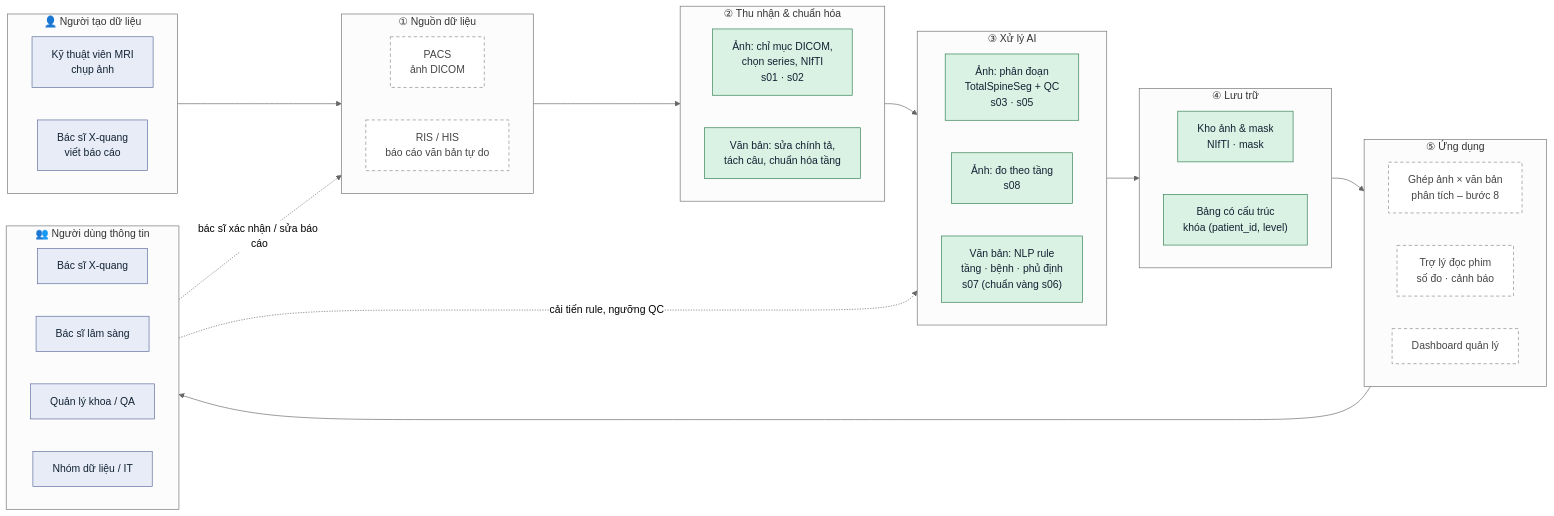
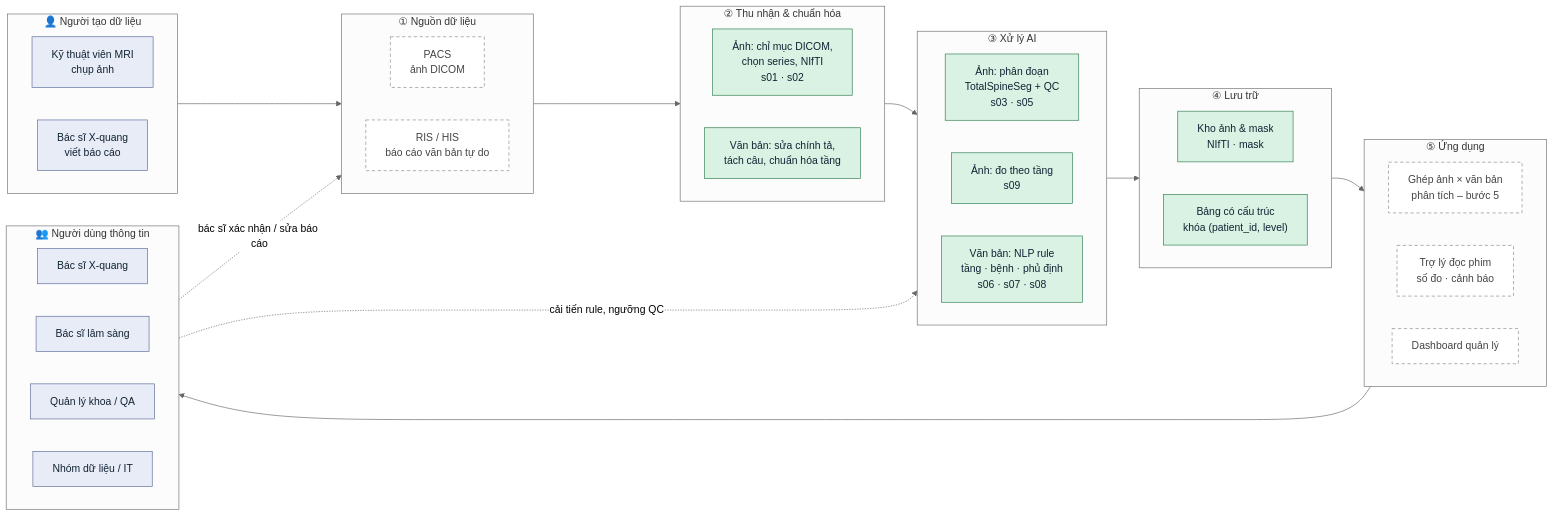
The first of 3 diagrams in totalspineseg/README.md (hieunghuu/mmis-gr8-lowbackpain), drawn with Mermaid (neutral theme) before and after one commit. The commit also changed other lines of this file and 58 other files, not shown here.

````diff
--- a/totalspineseg/README.md
+++ b/totalspineseg/README.md
@@ -45,59 +47,59 @@
 ```mermaid
 flowchart LR
     subgraph IN["👤 Người tạo dữ liệu"]
         direction LR
         KTV["Kỹ thuật viên MRI<br/>chụp ảnh"]
         RADW["Bác sĩ X-quang<br/>viết báo cáo"]
     end
 
     subgraph SRC["① Nguồn dữ liệu"]
         direction LR
         PACS["PACS<br/>ảnh DICOM"]
         RIS["RIS / HIS<br/>báo cáo văn bản tự do"]
     end
 
     subgraph ING["② Thu nhận & chuẩn hóa"]
         direction LR
         S12["Ảnh: chỉ mục DICOM,<br/>chọn series, NIfTI<br/>s01 · s02"]
         NOTE["Văn bản: sửa chính tả,<br/>tách câu, chuẩn hóa tầng"]
     end
 
     subgraph AI["③ Xử lý AI"]
         direction LR
         TSS["Ảnh: phân đoạn<br/>TotalSpineSeg + QC<br/>s03 · s05"]
-        MEAS["Ảnh: đo theo tầng<br/>s08"]
-        NLP["Văn bản: NLP rule<br/>tầng · bệnh · phủ định<br/>s07 (chuẩn vàng s06)"]
+        MEAS["Ảnh: đo theo tầng<br/>s09"]
+        NLP["Văn bản: NLP rule<br/>tầng · bệnh · phủ định<br/>s06 · s07 · s08"]
     end
 
     subgraph DAT["④ Lưu trữ"]
         direction LR
         OBJ["Kho ảnh & mask<br/>NIfTI · mask"]
         FEAT["Bảng có cấu trúc<br/>khóa (patient_id, level)"]
     end
 
     subgraph APP["⑤ Ứng dụng"]
         direction LR
-        ANA["Ghép ảnh × văn bản<br/>phân tích – bước 8"]
+        ANA["Ghép ảnh × văn bản<br/>phân tích – bước 5"]
         ASSIST["Trợ lý đọc phim<br/>số đo · cảnh báo"]
         DASH["Dashboard quản lý"]
     end
 
     subgraph OUT["👥 Người dùng thông tin"]
         direction LR
         RADR["Bác sĩ X-quang"]
         CLIN["Bác sĩ lâm sàng"]
         MGR["Quản lý khoa / QA"]
         DS["Nhóm dữ liệu / IT"]
     end
 
     IN --> SRC --> ING --> AI --> DAT --> APP --> OUT
     OUT -. "bác sĩ xác nhận / sửa báo cáo" .-> SRC
     OUT -. "cải tiến rule, ngưỡng QC" .-> AI
 
     classDef done fill:#d9f2e3,stroke:#2e7d4f,color:#123
     classDef plan fill:#fff,stroke:#888,stroke-dasharray:5 4,color:#444
     classDef user fill:#e8ecf7,stroke:#5b6b9a,color:#123
     class S12,NOTE,TSS,MEAS,NLP,OBJ,FEAT done
     class PACS,RIS,ANA,ASSIST,DASH plan
     class KTV,RADW,RADR,CLIN,MGR,DS user
 ```
````
